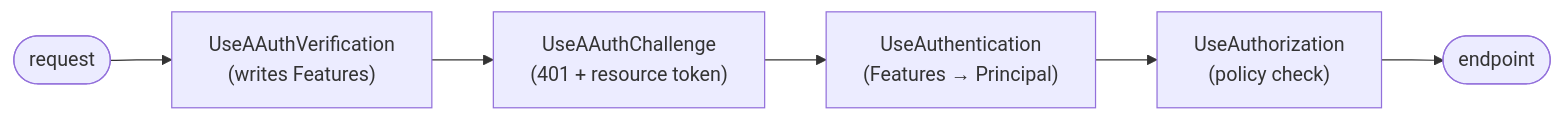
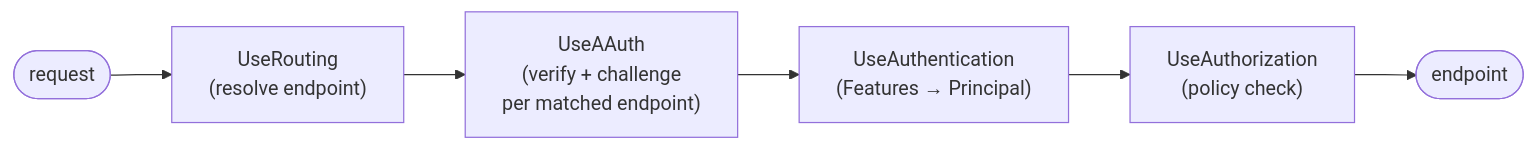
The diagram in docs/server/authn-authz.md (aauth-dev/dotnet-samples), drawn with Mermaid before and after one commit. The commit also changed other lines of this file and 68 other files, not shown here.

````diff
--- a/docs/server/authn-authz.md
+++ b/docs/server/authn-authz.md
@@ -29,8 +32,8 @@
 ```mermaid
 flowchart LR
-    req([request]) --> ver["UseAAuthVerification<br/>(writes Features)"]
-    ver --> chal["UseAAuthChallenge<br/>(401 + resource token)"]
-    chal --> authn["UseAuthentication<br/>(Features → Principal)"]
+    req([request]) --> route["UseRouting<br/>(resolve endpoint)"]
+    route --> aauth["UseAAuth<br/>(verify + challenge<br/>per matched endpoint)"]
+    aauth --> authn["UseAuthentication<br/>(Features → Principal)"]
     authn --> authz["UseAuthorization<br/>(policy check)"]
     authz --> ep([endpoint])
 ```
````
